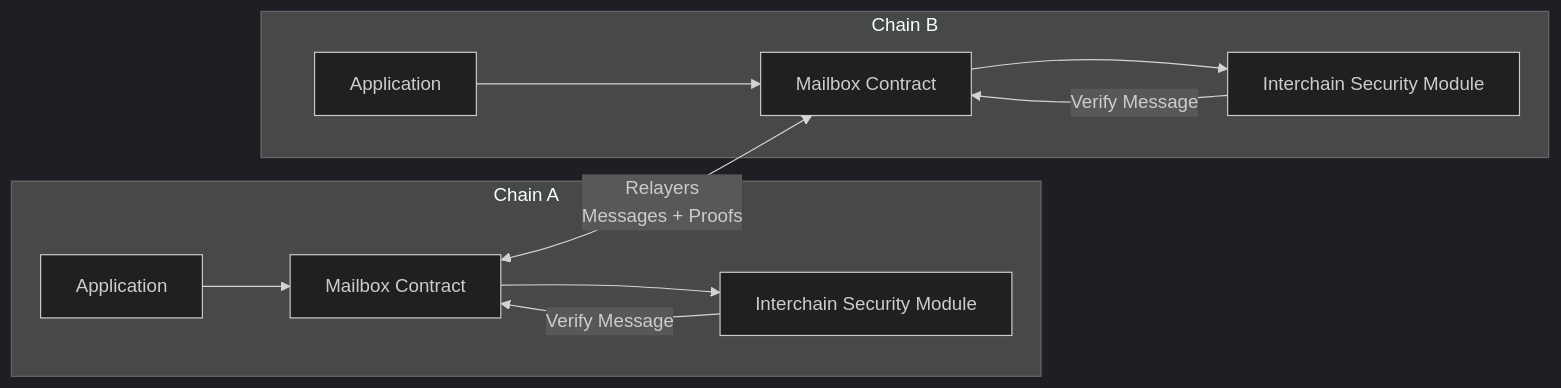
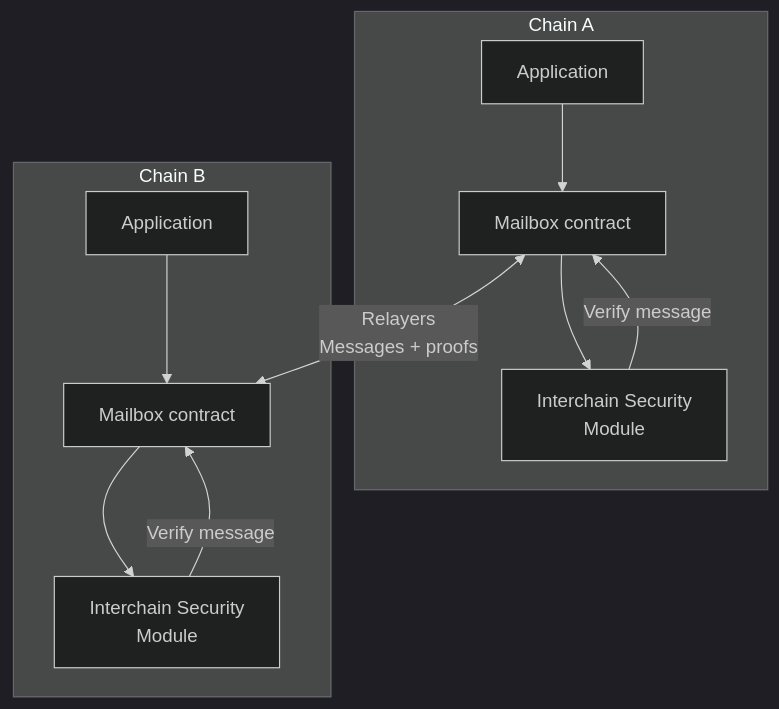
One commit to celestiaorg/docs changed the diagram in app/learn/features/bridging/hyperlane/page.mdx. Above: the diagram before and after it, drawn with Mermaid (dark theme). The commit also changed 3 other files, not shown here.

First line of the commit message:
docs: improve diagram layout and readability (#2662)

````diff
--- a/app/learn/features/bridging/hyperlane/page.mdx
+++ b/app/learn/features/bridging/hyperlane/page.mdx
@@ -21,30 +21,35 @@
 ```mermaid
-flowchart LR
+---
+config:
+  flowchart:
+    useMaxWidth: false
+---
+flowchart TB
 
     %% --- Chain A ---
     subgraph ChainA["Chain A"]
         A_App["Application"]
-        A_Mailbox["Mailbox Contract"]
-        A_ISM["Interchain Security Module"]
+        A_Mailbox["Mailbox contract"]
+        A_ISM["Interchain Security<br/>Module"]
     end
 
     %% --- Chain B ---
     subgraph ChainB["Chain B"]
         B_App["Application"]
-        B_Mailbox["Mailbox Contract"]
-        B_ISM["Interchain Security Module"]
+        B_Mailbox["Mailbox contract"]
+        B_ISM["Interchain Security<br/>Module"]
     end
 
     %% Internal flows (Chain A)
     A_App --> A_Mailbox
     A_Mailbox --> A_ISM
-    A_ISM -->|Verify Message| A_Mailbox
+    A_ISM -->|Verify message| A_Mailbox
 
     %% Internal flows (Chain B)
     B_App --> B_Mailbox
     B_Mailbox --> B_ISM
-    B_ISM -->|Verify Message| B_Mailbox
+    B_ISM -->|Verify message| B_Mailbox
 
     %% Cross-chain relayer messages
-    A_Mailbox <-->|Relayers<br/>Messages + Proofs| B_Mailbox
+    A_Mailbox <-->|Relayers<br/>Messages + proofs| B_Mailbox
 ```
````
